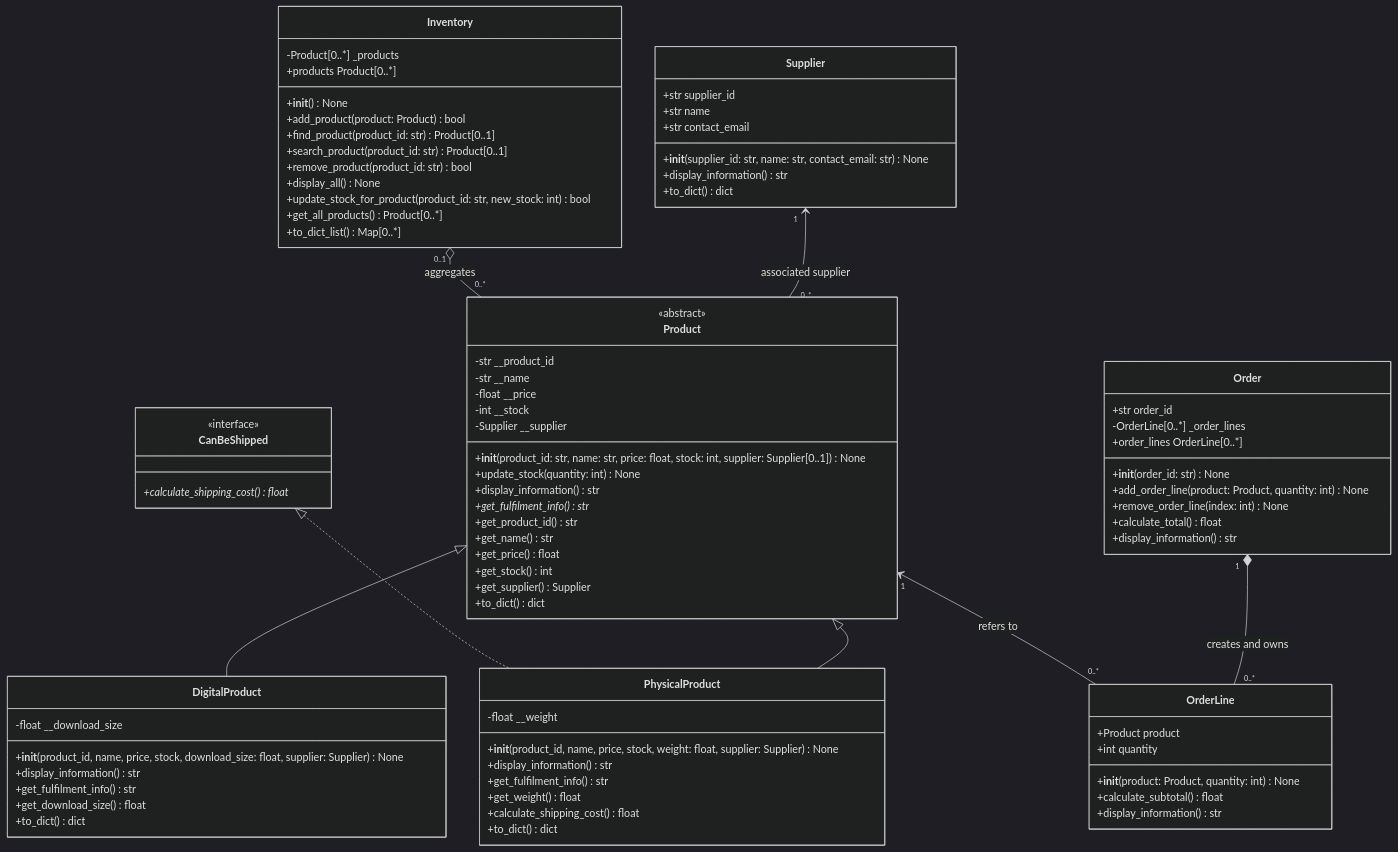
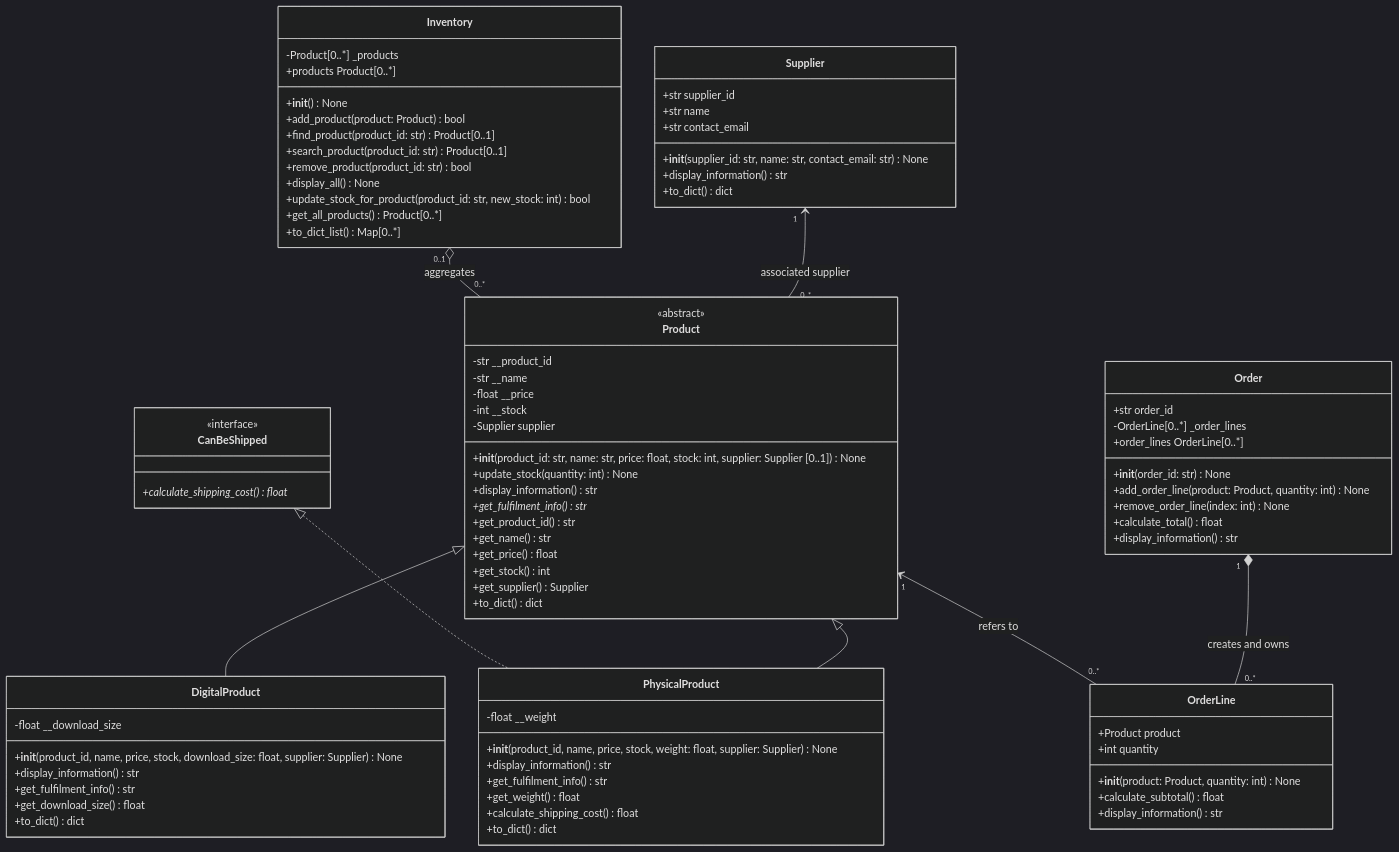
The diagram in uml-diagrams.md (chisaki0011/INF1103-Labs), drawn with Mermaid (dark theme) before and after one commit. The commit also changed other lines of this file, not shown here.

Commit message:
document UML relationship multiplicities

```diff
--- a/uml-diagrams.md
+++ b/uml-diagrams.md
@@ -12,8 +12,8 @@
         -str __name
         -float __price
         -int __stock
-        -Supplier __supplier
-        +__init__(product_id: str, name: str, price: float, stock: int, supplier: Supplier[0..1]) None
+        -Supplier supplier
+        +__init__(product_id: str, name: str, price: float, stock: int, supplier: Supplier [0..1]) None
         +update_stock(quantity: int) None
         +display_information() str
         +get_fulfilment_info()* str
```
